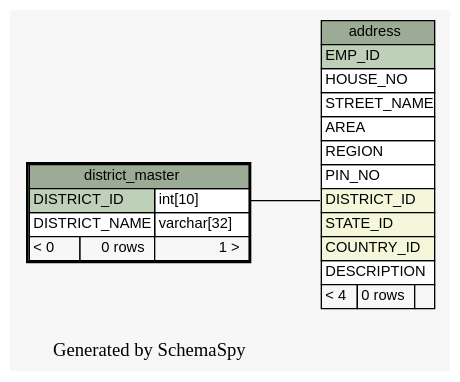
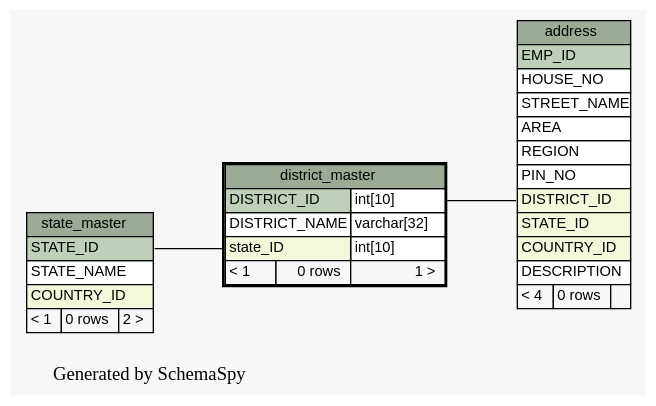
Before and after one commit to engineerscraft/hrms: the diagram in docs/database/schemaspy/graphs/district_master.1degree.dot, drawn with Graphviz. The commit also changed 96 other files, not shown here.

```diff
--- a/docs/database/schemaspy/graphs/district_master.1degree.dot
+++ b/docs/database/schemaspy/graphs/district_master.1degree.dot
@@ -1,48 +1,62 @@
 // dot 2.38.0 on Windows 7 6.1
 digraph "oneDegreeRelationshipsGraph" {
   graph [
     rankdir="RL"
     bgcolor="#f7f7f7"
     label="\nGenerated by SchemaSpy"
     labeljust="l"
   ];
   node [
     fontname="Helvetica"
     fontsize="11"
     shape="plaintext"
   ];
   edge [
     arrowsize="0.8"
   ];
   "address":"DISTRICT_ID":w -> "district_master":"DISTRICT_ID.type":e [arrowtail=crowodot arrowhead=none];
+  "district_master":"state_ID":w -> "state_master":"STATE_ID":e [arrowtail=crowodot arrowhead=none];
   "address" [
     label=<
     <TABLE BORDER="0" CELLBORDER="1" CELLSPACING="0" BGCOLOR="#ffffff">
       <TR><TD PORT="address.heading" COLSPAN="3" BGCOLOR="#9bab96" ALIGN="CENTER">address</TD></TR>
       <TR><TD PORT="EMP_ID" COLSPAN="3" BGCOLOR="#bed1b8" ALIGN="LEFT">EMP_ID</TD></TR>
       <TR><TD PORT="HOUSE_NO" COLSPAN="3" ALIGN="LEFT">HOUSE_NO</TD></TR>
       <TR><TD PORT="STREET_NAME" COLSPAN="3" ALIGN="LEFT">STREET_NAME</TD></TR>
       <TR><TD PORT="AREA" COLSPAN="3" ALIGN="LEFT">AREA</TD></TR>
       <TR><TD PORT="REGION" COLSPAN="3" ALIGN="LEFT">REGION</TD></TR>
       <TR><TD PORT="PIN_NO" COLSPAN="3" ALIGN="LEFT">PIN_NO</TD></TR>
       <TR><TD PORT="DISTRICT_ID" COLSPAN="3" BGCOLOR="#f4f7da" ALIGN="LEFT">DISTRICT_ID</TD></TR>
       <TR><TD PORT="STATE_ID" COLSPAN="3" BGCOLOR="#f4f7da" ALIGN="LEFT">STATE_ID</TD></TR>
       <TR><TD PORT="COUNTRY_ID" COLSPAN="3" BGCOLOR="#f4f7da" ALIGN="LEFT">COUNTRY_ID</TD></TR>
       <TR><TD PORT="DESCRIPTION" COLSPAN="3" ALIGN="LEFT">DESCRIPTION</TD></TR>
       <TR><TD ALIGN="LEFT" BGCOLOR="#f7f7f7">&lt; 4</TD><TD ALIGN="RIGHT" BGCOLOR="#f7f7f7">0 rows</TD><TD ALIGN="RIGHT" BGCOLOR="#f7f7f7">  </TD></TR>
     </TABLE>>
     URL="address.html#graph"
     tooltip="address"
   ];
   "district_master" [
     label=<
     <TABLE BORDER="2" CELLBORDER="1" CELLSPACING="0" BGCOLOR="#ffffff">
       <TR><TD PORT="district_master.heading" COLSPAN="3" BGCOLOR="#9bab96" ALIGN="CENTER">district_master</TD></TR>
       <TR><TD PORT="DISTRICT_ID" COLSPAN="2" BGCOLOR="#bed1b8" ALIGN="LEFT">DISTRICT_ID</TD><TD PORT="DISTRICT_ID.type" ALIGN="LEFT">int[10]</TD></TR>
       <TR><TD PORT="DISTRICT_NAME" COLSPAN="2" ALIGN="LEFT">DISTRICT_NAME</TD><TD PORT="DISTRICT_NAME.type" ALIGN="LEFT">varchar[32]</TD></TR>
-      <TR><TD ALIGN="LEFT" BGCOLOR="#f7f7f7">&lt; 0</TD><TD ALIGN="RIGHT" BGCOLOR="#f7f7f7">0 rows</TD><TD ALIGN="RIGHT" BGCOLOR="#f7f7f7">1 &gt;</TD></TR>
+      <TR><TD PORT="state_ID" COLSPAN="2" BGCOLOR="#f4f7da" ALIGN="LEFT">state_ID</TD><TD PORT="state_ID.type" ALIGN="LEFT">int[10]</TD></TR>
+      <TR><TD ALIGN="LEFT" BGCOLOR="#f7f7f7">&lt; 1</TD><TD ALIGN="RIGHT" BGCOLOR="#f7f7f7">0 rows</TD><TD ALIGN="RIGHT" BGCOLOR="#f7f7f7">1 &gt;</TD></TR>
     </TABLE>>
     URL="district_master.html#"
     tooltip="district_master"
   ];
+  "state_master" [
+    label=<
+    <TABLE BORDER="0" CELLBORDER="1" CELLSPACING="0" BGCOLOR="#ffffff">
+      <TR><TD PORT="state_master.heading" COLSPAN="3" BGCOLOR="#9bab96" ALIGN="CENTER">state_master</TD></TR>
+      <TR><TD PORT="STATE_ID" COLSPAN="3" BGCOLOR="#bed1b8" ALIGN="LEFT">STATE_ID</TD></TR>
+      <TR><TD PORT="STATE_NAME" COLSPAN="3" ALIGN="LEFT">STATE_NAME</TD></TR>
+      <TR><TD PORT="COUNTRY_ID" COLSPAN="3" BGCOLOR="#f4f7da" ALIGN="LEFT">COUNTRY_ID</TD></TR>
+      <TR><TD ALIGN="LEFT" BGCOLOR="#f7f7f7">&lt; 1</TD><TD ALIGN="RIGHT" BGCOLOR="#f7f7f7">0 rows</TD><TD ALIGN="RIGHT" BGCOLOR="#f7f7f7">2 &gt;</TD></TR>
+    </TABLE>>
+    URL="state_master.html#graph"
+    tooltip="state_master"
+  ];
 }
```
